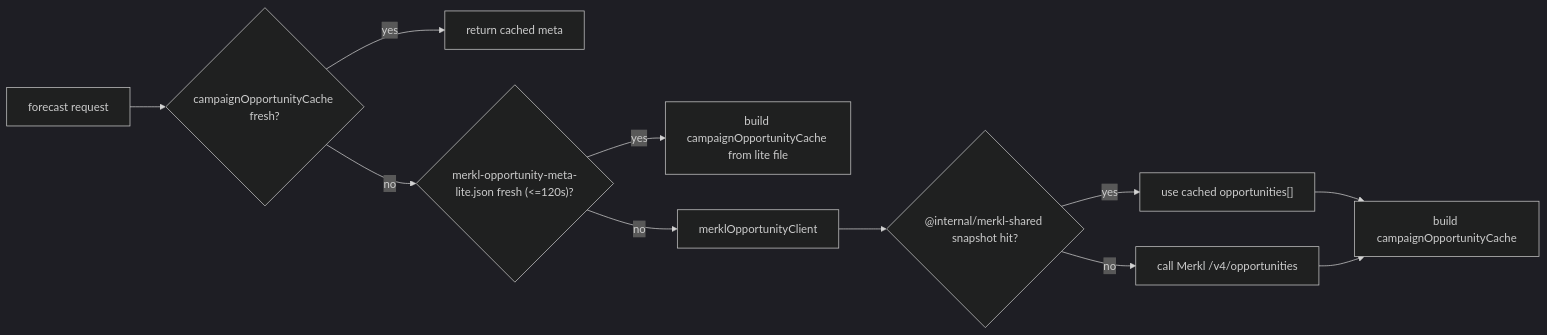
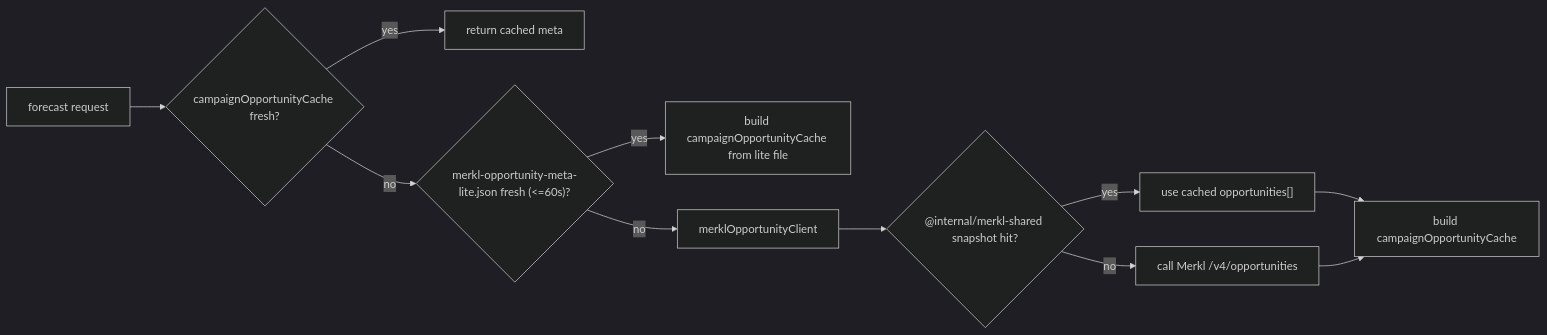
Before and after one commit to 0xPabloLI/aave-protocol-analysis: the fifth of 5 diagrams in docs/merkl-merit-cache-architecture.md, drawn with Mermaid (dark theme). The commit also changed other lines of this file and 1 other file, not shown here.

Commit message:
Add dynamic metrics cache for Merkl forecasts

````diff
--- a/docs/merkl-merit-cache-architecture.md
+++ b/docs/merkl-merit-cache-architecture.md
@@ -199,13 +235,13 @@
 ```mermaid
 flowchart LR
   A["forecast request"] --> B{"campaignOpportunityCache fresh?"}
   B -- yes --> Z["return cached meta"]
-  B -- no --> C{"merkl-opportunity-meta-lite.json fresh (<=120s)?"}
+  B -- no --> C{"merkl-opportunity-meta-lite.json fresh (<=60s)?"}
   C -- yes --> D["build campaignOpportunityCache from lite file"]
   C -- no --> E["merklOpportunityClient"]
   E --> F{"@internal/merkl-shared snapshot hit?"}
   F -- yes --> G["use cached opportunities[]"]
   F -- no --> H["call Merkl /v4/opportunities"]
   G --> I["build campaignOpportunityCache"]
   H --> I
 ```
````
